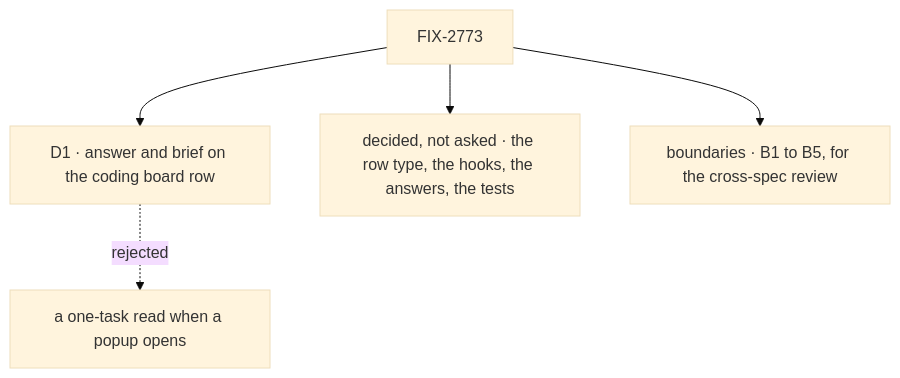
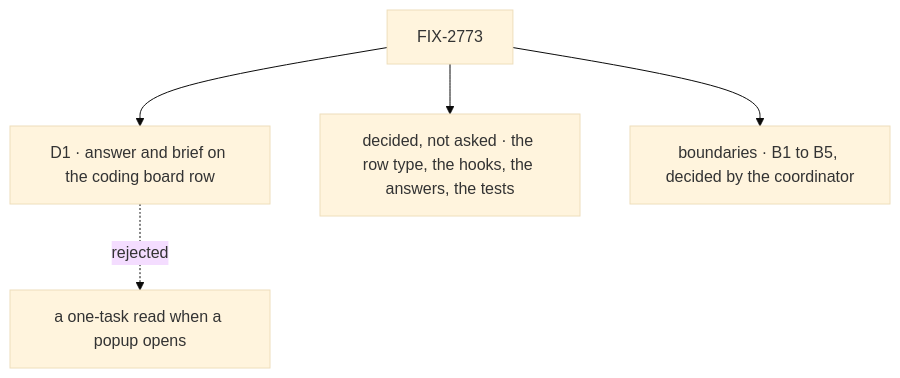
Before and after one commit to fixpoint-labs/flow-state-dev: the diagram in specs/issues/FIX-2773/DECISIONS.md, drawn with Mermaid (base theme). The commit also changed other lines of this file and 2 other files, not shown here.

First line of the commit message:
spec(FIX-2773): B2 to B5 decided by the coordinator

````diff
--- a/specs/issues/FIX-2773/DECISIONS.md
+++ b/specs/issues/FIX-2773/DECISIONS.md
@@ -12,7 +12,7 @@
 ```mermaid
 flowchart TD
   E["FIX-2773"] --> D1["D1 · answer and brief on the coding board row"]
   D1 -.->|"rejected"| X1["a one-task read when a popup opens"]
   E --> K["decided, not asked · the row type, the hooks, the answers, the tests"]
-  E --> B["boundaries · B1 to B5, for the cross-spec review"]
+  E --> B["boundaries · B1 to B5, decided by the coordinator"]
 ```
````
